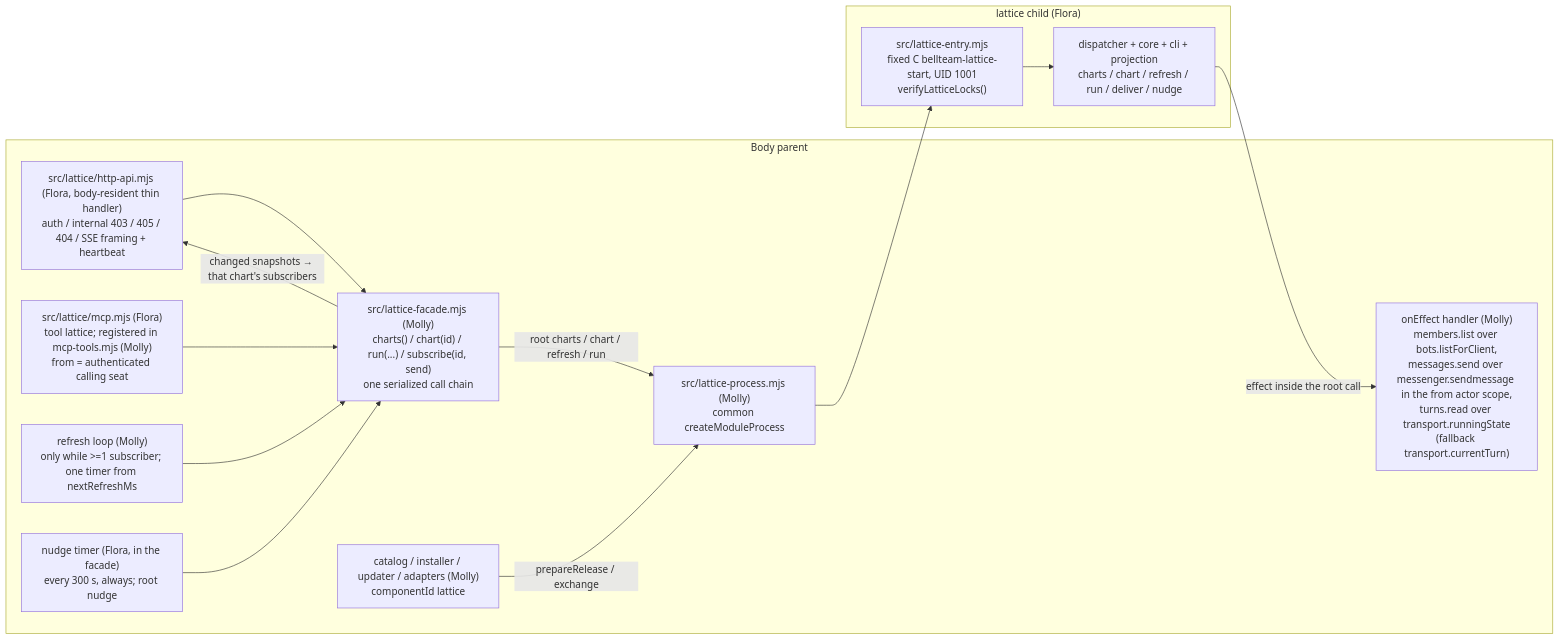
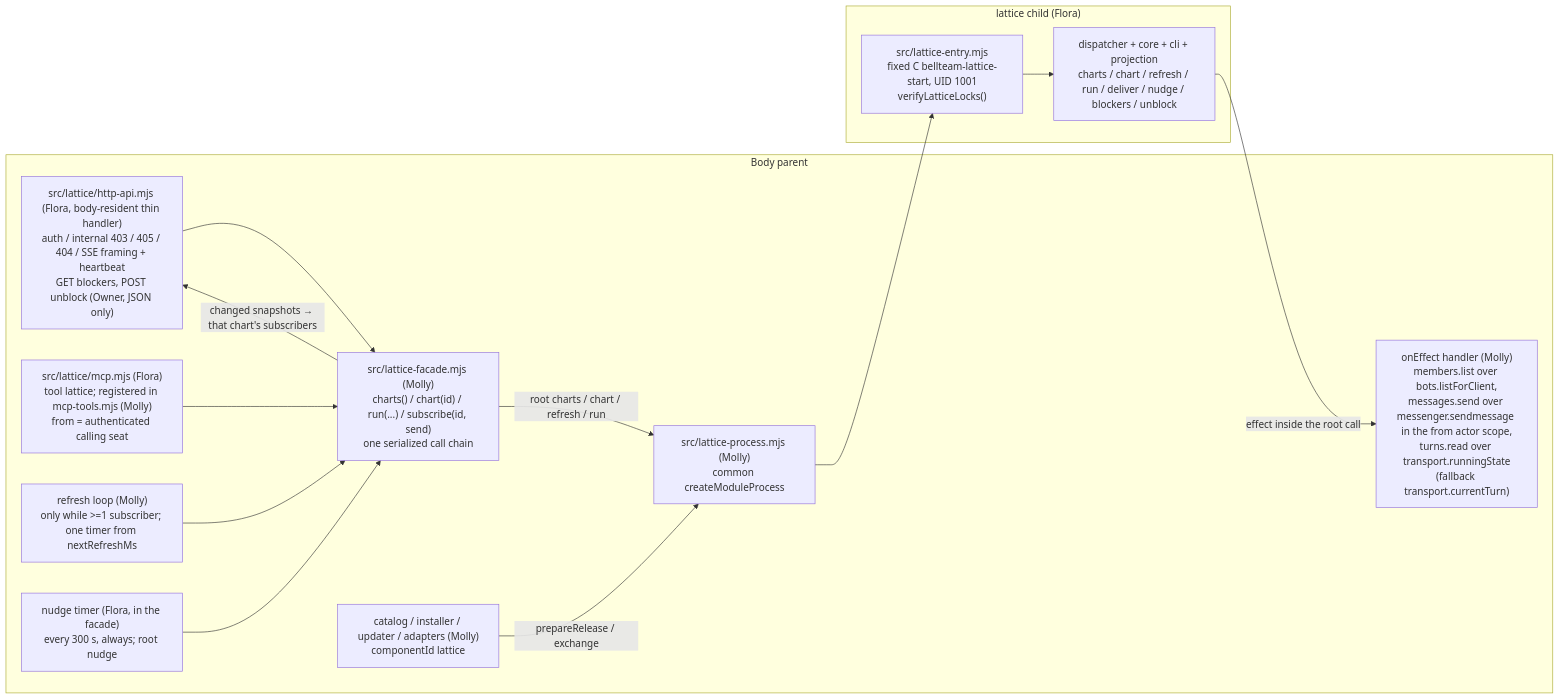
One commit to kitepon/BellTeam changed the diagram in docs/architecture/modules/runtime/lattice-child.md. Above: the diagram before and after it, drawn with Mermaid. The commit also changed other lines of this file and 10 other files, not shown here.

First line of the commit message:
lattice: Owner stop list and unblock (GET /api/lattice/blockers, POST charts/:id/unblock)

````diff
--- a/docs/architecture/modules/runtime/lattice-child.md
+++ b/docs/architecture/modules/runtime/lattice-child.md
@@ -7,26 +7,26 @@
 ```mermaid
 flowchart LR
   subgraph Parent["Body parent"]
-    Route["src/lattice/http-api.mjs (Flora, body-resident thin handler)<br/>auth / internal 403 / 405 / 404 / SSE framing + heartbeat"]
+    Route["src/lattice/http-api.mjs (Flora, body-resident thin handler)<br/>auth / internal 403 / 405 / 404 / SSE framing + heartbeat<br/>GET blockers, POST unblock (Owner, JSON only)"]
     Tool["src/lattice/mcp.mjs (Flora)<br/>tool lattice; registered in mcp-tools.mjs (Molly)<br/>from = authenticated calling seat"]
     Facade["src/lattice-facade.mjs (Molly)<br/>charts() / chart(id) / run(...) / subscribe(id, send)<br/>one serialized call chain"]
     Loop["refresh loop (Molly)<br/>only while >=1 subscriber; one timer from nextRefreshMs"]
     Nudge["nudge timer (Flora, in the facade)<br/>every 300 s, always; root nudge"]
     Proc["src/lattice-process.mjs (Molly)<br/>common createModuleProcess"]
     Ports["onEffect handler (Molly)<br/>members.list over bots.listForClient,<br/>messages.send over messenger.sendmessage in the from actor scope,<br/>turns.read over transport.runningState<br/>(fallback transport.currentTurn)"]
     Update["catalog / installer / updater / adapters (Molly)<br/>componentId lattice"]
   end
   subgraph Child["lattice child (Flora)"]
     Entry["src/lattice-entry.mjs<br/>fixed C bellteam-lattice-start, UID 1001<br/>verifyLatticeLocks()"]
-    Disp["dispatcher + core + cli + projection<br/>charts / chart / refresh / run / deliver / nudge"]
+    Disp["dispatcher + core + cli + projection<br/>charts / chart / refresh / run / deliver / nudge / blockers / unblock"]
   end
   Route --> Facade
   Tool --> Facade
   Loop --> Facade
   Nudge --> Facade
   Facade -->|"root charts / chart / refresh / run"| Proc
   Proc --> Entry --> Disp
   Disp -->|"effect inside the root call"| Ports
   Facade -->|"changed snapshots → that chart's subscribers"| Route
   Update -->|"prepareRelease / exchange"| Proc
 ```
````
